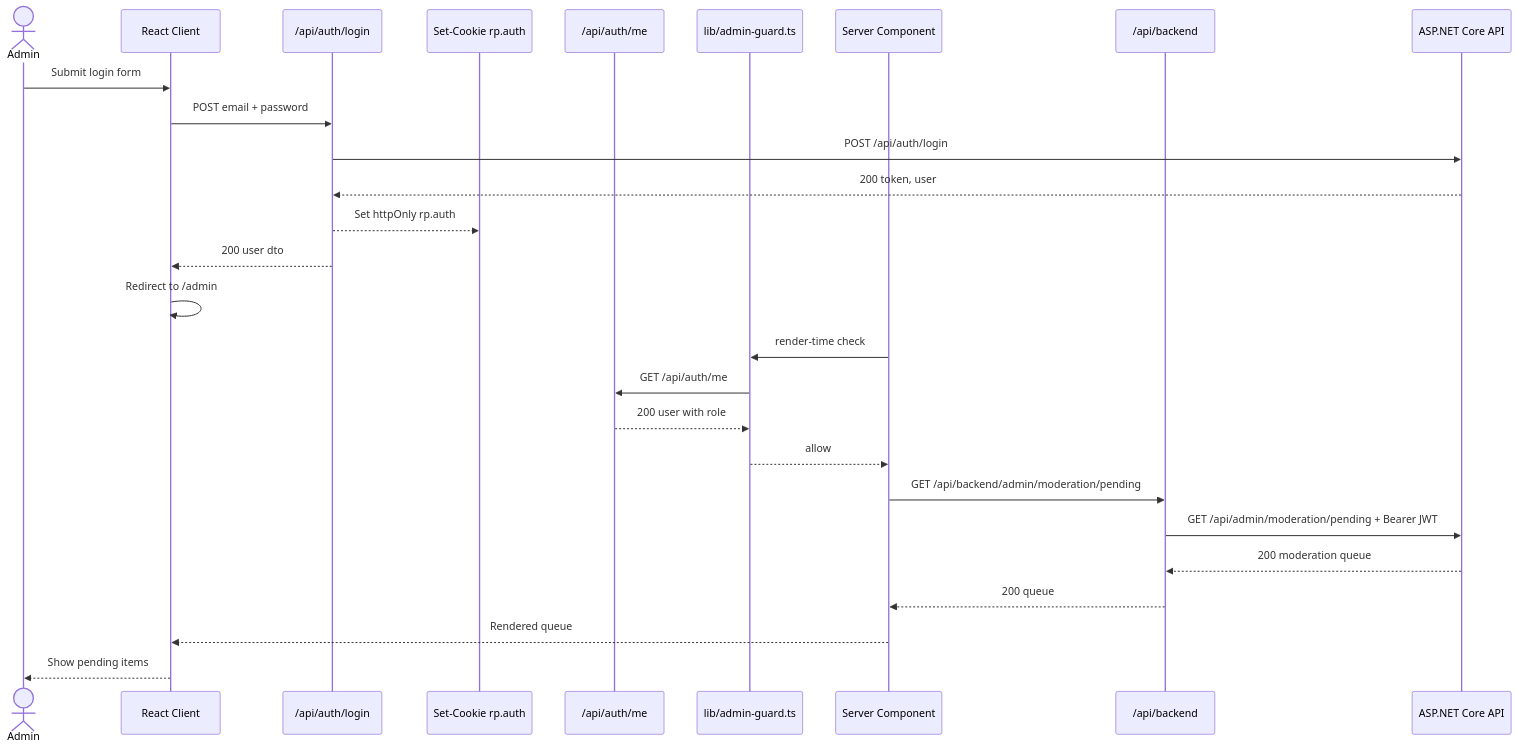
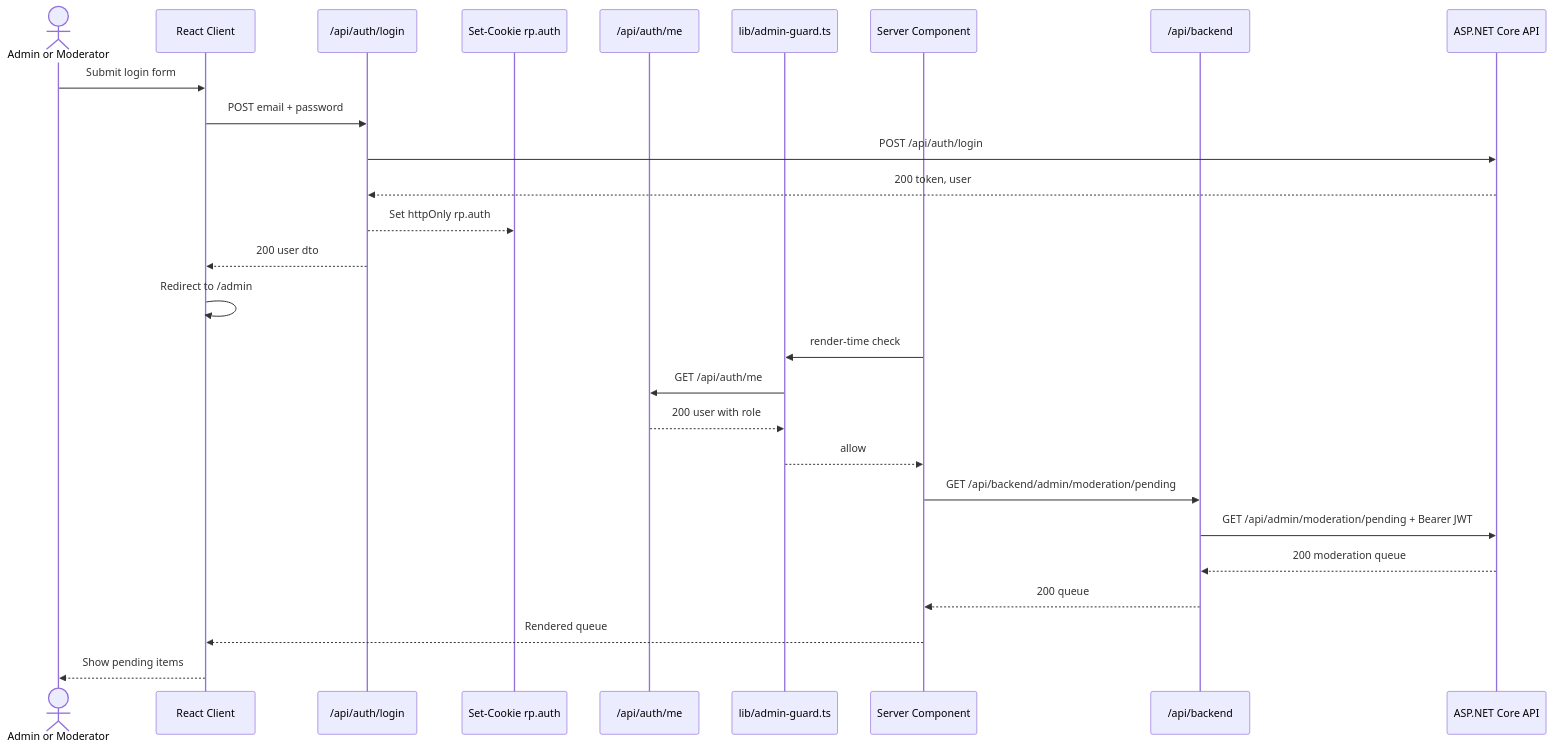
The seventh of 11 diagrams in docs/FUNCTIONAL-DESIGN-DIAGRAMS.md (SEPP-2026/ReviewPortal-Web), drawn with Mermaid before and after one commit. The commit also changed other lines of this file and 1 other file, not shown here.

Commit message:
docs: align web UML diagrams with review feedback

````diff
--- a/docs/FUNCTIONAL-DESIGN-DIAGRAMS.md
+++ b/docs/FUNCTIONAL-DESIGN-DIAGRAMS.md
@@ -316,30 +342,30 @@
 ```mermaid
 sequenceDiagram
-    actor Admin
+    actor Staff as Admin or Moderator
     participant Browser as React Client
     participant LoginRoute as /api/auth/login
     participant Cookie as Set-Cookie rp.auth
     participant MeRoute as /api/auth/me
     participant Guard as lib/admin-guard.ts
     participant Server as Server Component
     participant Proxy as /api/backend
     participant API as ASP.NET Core API
 
-    Admin->>Browser: Submit login form
+    Staff->>Browser: Submit login form
     Browser->>LoginRoute: POST email + password
     LoginRoute->>API: POST /api/auth/login
     API-->>LoginRoute: 200 token, user
     LoginRoute-->>Cookie: Set httpOnly rp.auth
     LoginRoute-->>Browser: 200 user dto
     Browser->>Browser: Redirect to /admin
     Server->>Guard: render-time check
     Guard->>MeRoute: GET /api/auth/me
     MeRoute-->>Guard: 200 user with role
     Guard-->>Server: allow
     Server->>Proxy: GET /api/backend/admin/moderation/pending
     Proxy->>API: GET /api/admin/moderation/pending + Bearer JWT
     API-->>Proxy: 200 moderation queue
     Proxy-->>Server: 200 queue
     Server-->>Browser: Rendered queue
-    Browser-->>Admin: Show pending items
+    Browser-->>Staff: Show pending items
 ```
````
